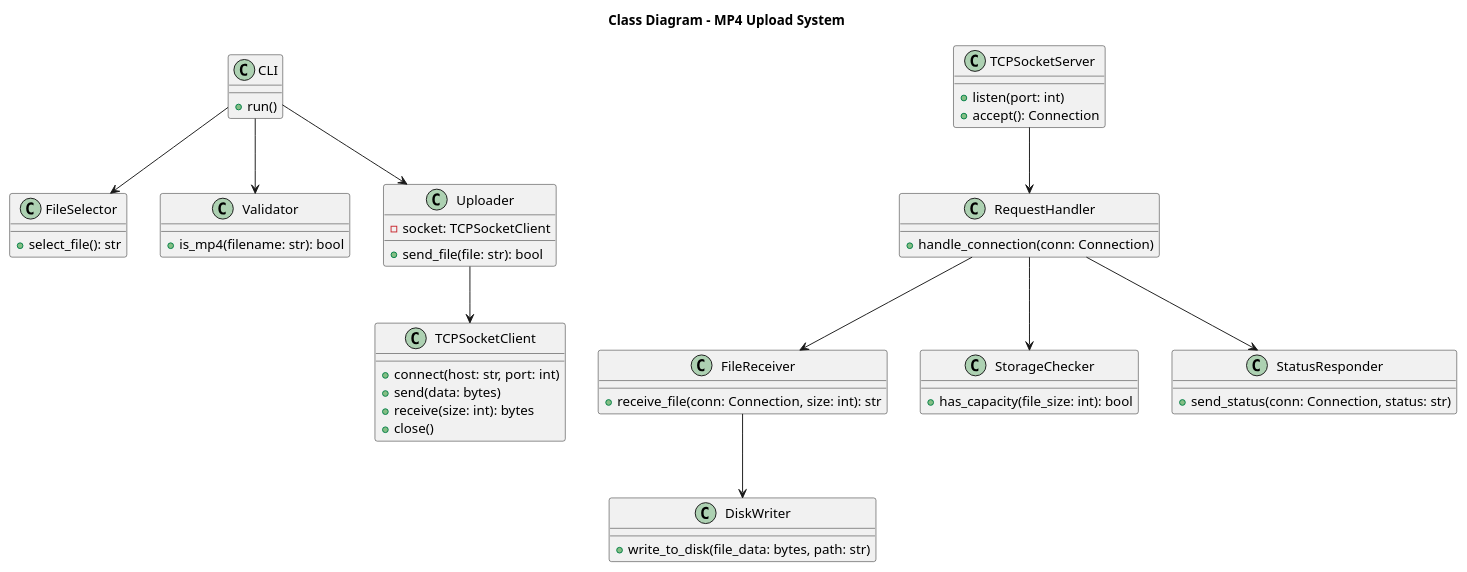
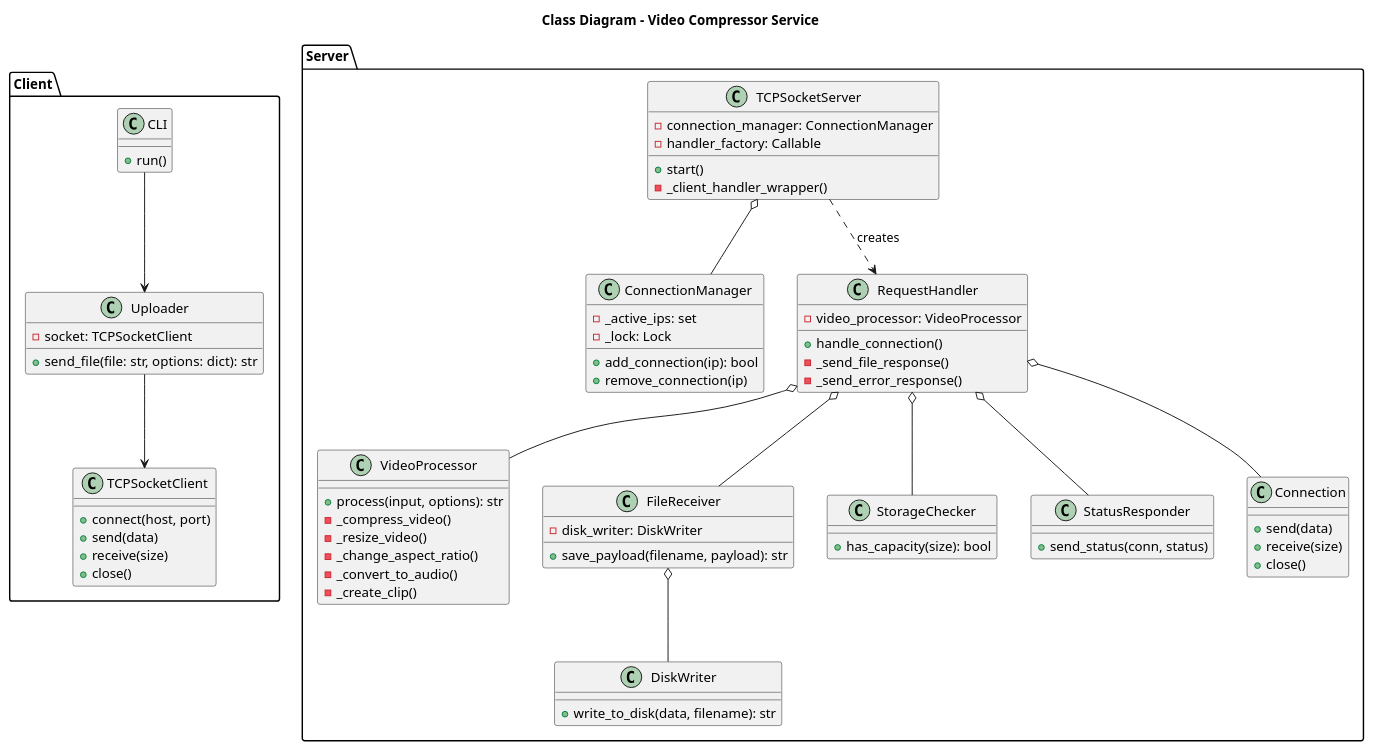
Before and after one commit to ksk-aiko/VideoCompressorService: the diagram in diagrams/class.pu, drawn with PlantUML. The commit also changed 5 other files, not shown here.

Commit message:
Update diagrams for Video Compressor Service: refine activity, class, component, sequence, and use case diagrams to reflect new processing flow and architecture changes.

```diff
--- a/diagrams/class.pu
+++ b/diagrams/class.pu
@@ -1,64 +1,78 @@
 @startuml
-title Class Diagram - MP4 Upload System
+title Class Diagram - Video Compressor Service
 
-class CLI {
-  +run()
+package "Client" {
+  class CLI {
+    +run()
+  }
+  class Uploader {
+    -socket: TCPSocketClient
+    +send_file(file: str, options: dict): str
+  }
+  class TCPSocketClient {
+    +connect(host, port)
+    +send(data)
+    +receive(size)
+    +close()
+  }
+  CLI --> Uploader
+  Uploader --> TCPSocketClient
 }
 
-class FileSelector {
-  +select_file(): str
+package "Server" {
+  class TCPSocketServer {
+    -connection_manager: ConnectionManager
+    -handler_factory: Callable
+    +start()
+    -_client_handler_wrapper()
+  }
+  class ConnectionManager {
+    -_active_ips: set
+    -_lock: Lock
+    +add_connection(ip): bool
+    +remove_connection(ip)
+  }
+  class RequestHandler {
+    -video_processor: VideoProcessor
+    +handle_connection()
+    -_send_file_response()
+    -_send_error_response()
+  }
+  class VideoProcessor {
+    +process(input, options): str
+    -_compress_video()
+    -_resize_video()
+    -_change_aspect_ratio()
+    -_convert_to_audio()
+    -_create_clip()
+  }
+  class FileReceiver {
+    -disk_writer: DiskWriter
+    +save_payload(filename, payload): str
+  }
+  class DiskWriter {
+    +write_to_disk(data, filename): str
+  }
+  class StorageChecker {
+    +has_capacity(size): bool
+  }
+  class StatusResponder {
+    +send_status(conn, status)
+  }
+  class Connection {
+    +send(data)
+    +receive(size)
+    +close()
+  }
 }
 
-class Validator {
-  +is_mp4(filename: str): bool
-}
-
-class Uploader {
-  -socket: TCPSocketClient
-  +send_file(file: str): bool
-}
-
-class TCPSocketClient {
-  +connect(host: str, port: int)
-  +send(data: bytes)
-  +receive(size: int): bytes
-  +close()
-}
-
-class TCPSocketServer {
-  +listen(port: int)
-  +accept(): Connection
-}
-
-class RequestHandler {
-  +handle_connection(conn: Connection)
-}
-
-class FileReceiver {
-  +receive_file(conn: Connection, size: int): str
-}
-
-class StorageChecker {
-  +has_capacity(file_size: int): bool
-}
-
-class DiskWriter {
-  +write_to_disk(file_data: bytes, path: str)
-}
-
-class StatusResponder {
-  +send_status(conn: Connection, status: str)
-}
-
-CLI --> FileSelector
-CLI --> Validator
-CLI --> Uploader
-Uploader --> TCPSocketClient
-
-TCPSocketServer --> RequestHandler
-RequestHandler --> FileReceiver
-RequestHandler --> StorageChecker
-RequestHandler --> StatusResponder
-FileReceiver --> DiskWriter
+TCPSocketServer o-- ConnectionManager
+TCPSocketServer ..> RequestHandler : creates
+RequestHandler o-- Connection
+RequestHandler o-- FileReceiver
+RequestHandler o-- StorageChecker
+RequestHandler o-- StatusResponder
+RequestHandler o-- VideoProcessor
+FileReceiver o-- DiskWriter
 
 @enduml
```
